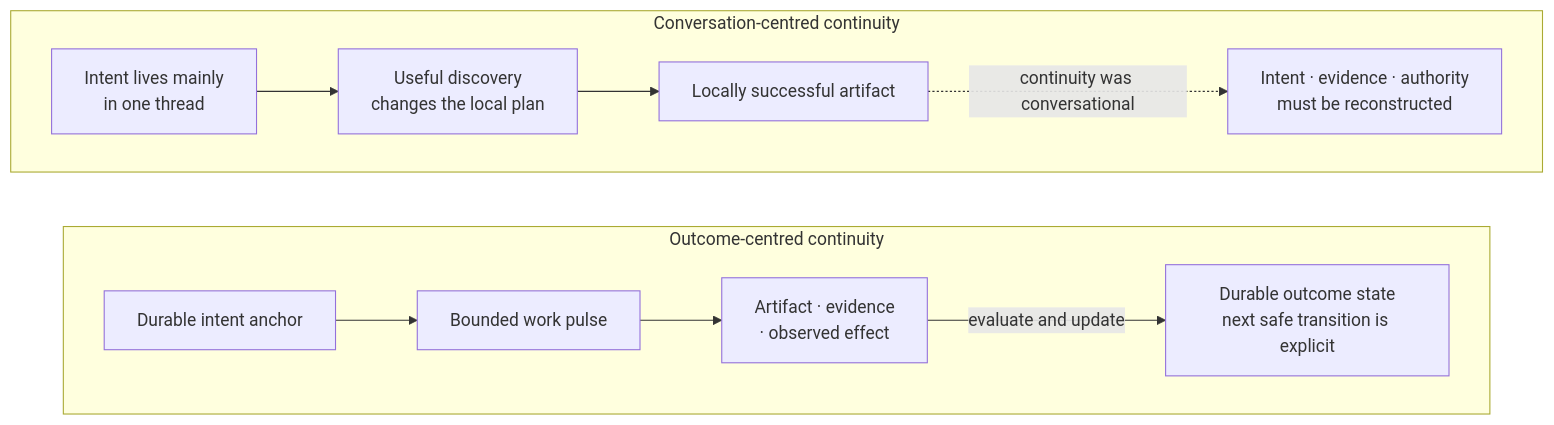
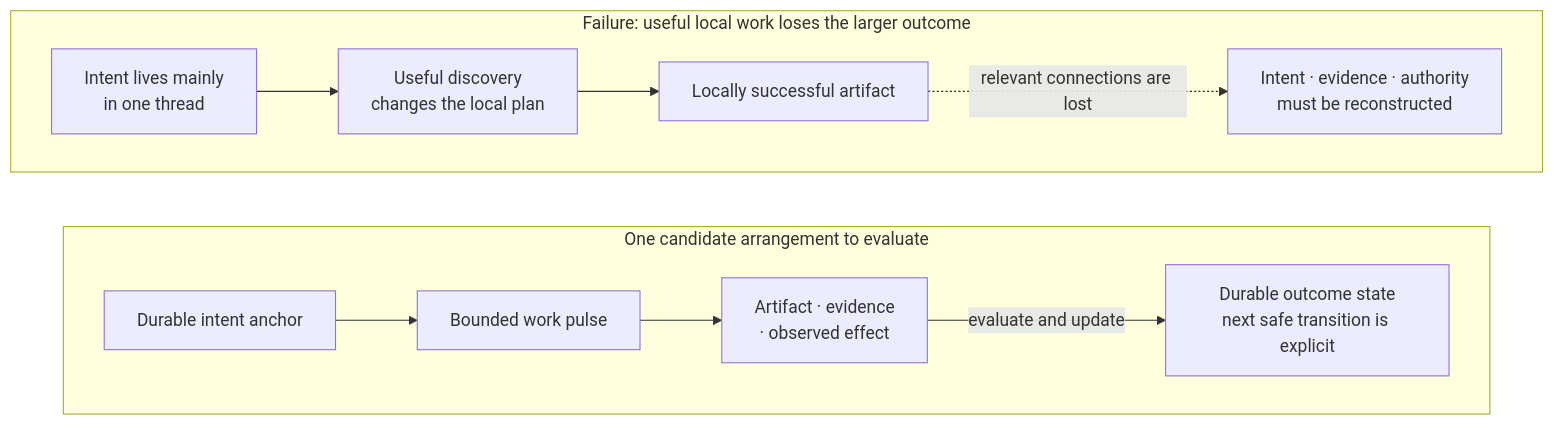
One commit to yiwei79/root-azoth changed the first of 2 diagrams in kernel/templates/README.public.azoth.md. Above: the diagram before and after it, drawn with Mermaid. The commit also changed other lines of this file and 2 other files, not shown here.

Commit message:
docs: refine intent-to-outcome philosophy

````diff
--- a/kernel/templates/README.public.azoth.md
+++ b/kernel/templates/README.public.azoth.md
@@ -39,18 +40,18 @@
 ```mermaid
 flowchart TB
-    subgraph C["Conversation-centred continuity"]
+    subgraph C["Failure: useful local work loses the larger outcome"]
         direction LR
         C1["Intent lives mainly<br/>in one thread"] --> C2["Useful discovery<br/>changes the local plan"]
         C2 --> C3["Locally successful artifact"]
-        C3 -.->|continuity was conversational| C4["Intent · evidence · authority<br/>must be reconstructed"]
+        C3 -.->|relevant connections are lost| C4["Intent · evidence · authority<br/>must be reconstructed"]
     end
 
-    subgraph O["Outcome-centred continuity"]
+    subgraph O["One candidate arrangement to evaluate"]
         direction LR
         O1["Durable intent anchor"] --> O2["Bounded work pulse"]
         O2 --> O3["Artifact · evidence<br/>· observed effect"]
         O3 -->|evaluate and update| O4["Durable outcome state<br/>next safe transition is explicit"]
     end
 
     C ~~~ O
 ```
````
